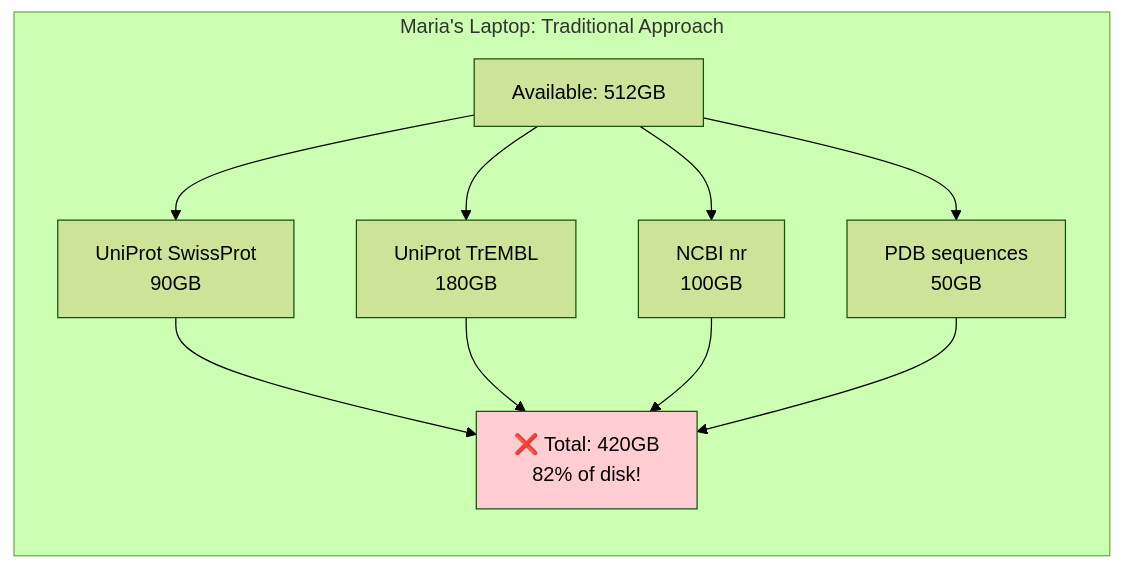
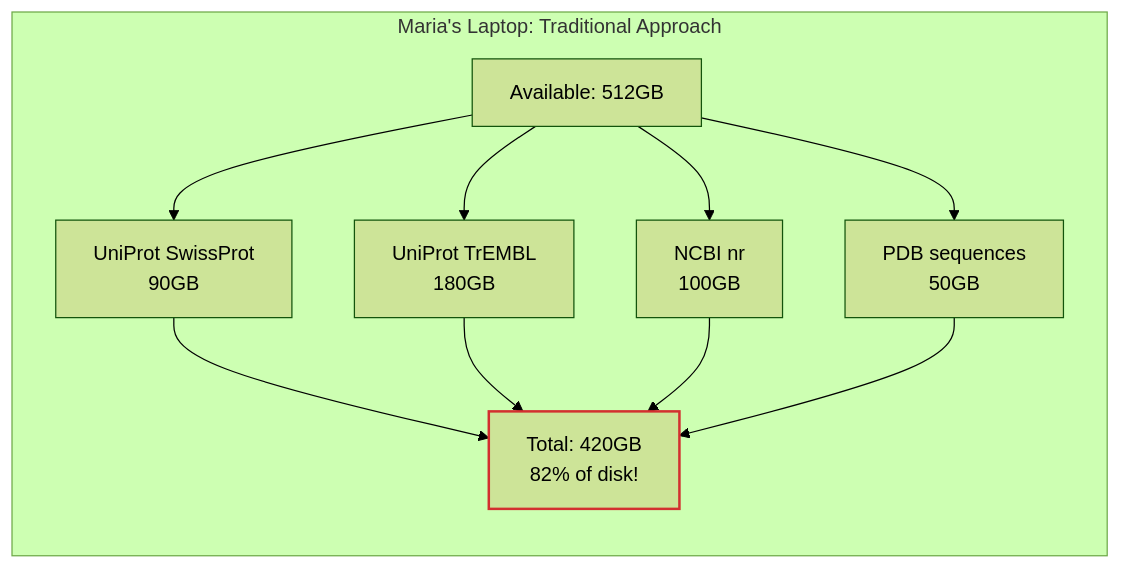
One commit to bfowle/talaria changed the third of 12 diagrams in docs/src/casg/case-studies.md. Above: the diagram before and after it, drawn with Mermaid (forest theme). The commit also changed other lines of this file and 65 other files, not shown here.

````diff
--- a/docs/src/casg/case-studies.md
+++ b/docs/src/casg/case-studies.md
@@ -100,25 +168,25 @@
 ```mermaid
 graph LR
     subgraph "Maria's Laptop: Traditional Approach"
         L[Available: 512GB]
 
         D1[UniProt SwissProt<br/>90GB]
         D2[UniProt TrEMBL<br/>180GB]
         D3[NCBI nr<br/>100GB]
         D4[PDB sequences<br/>50GB]
 
         L --> D1
         L --> D2
         L --> D3
         L --> D4
 
-        X[❌ Total: 420GB<br/>82% of disk!]
+        X[Total: 420GB<br/>82% of disk!]
 
         D1 --> X
         D2 --> X
         D3 --> X
         D4 --> X
     end
 
-    style X fill:#ffcdd2
+    style X stroke:#d32f2f,stroke-width:2px
 ```
````
